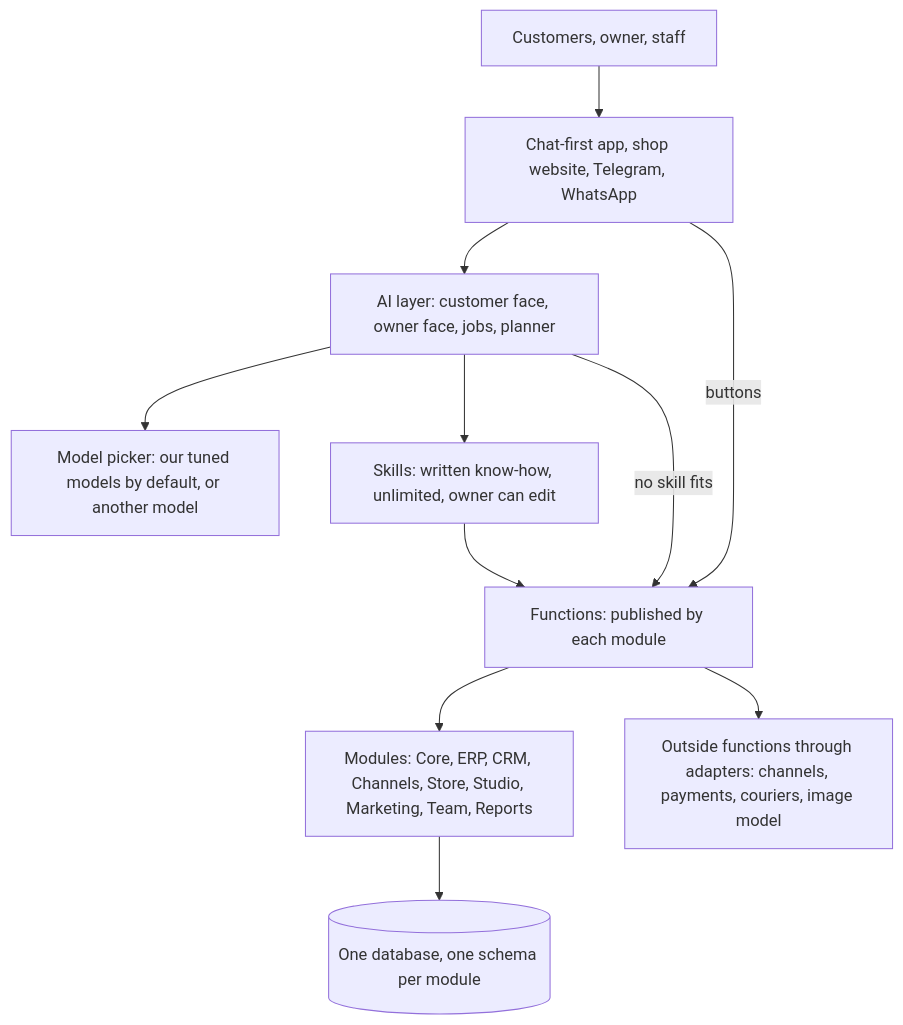
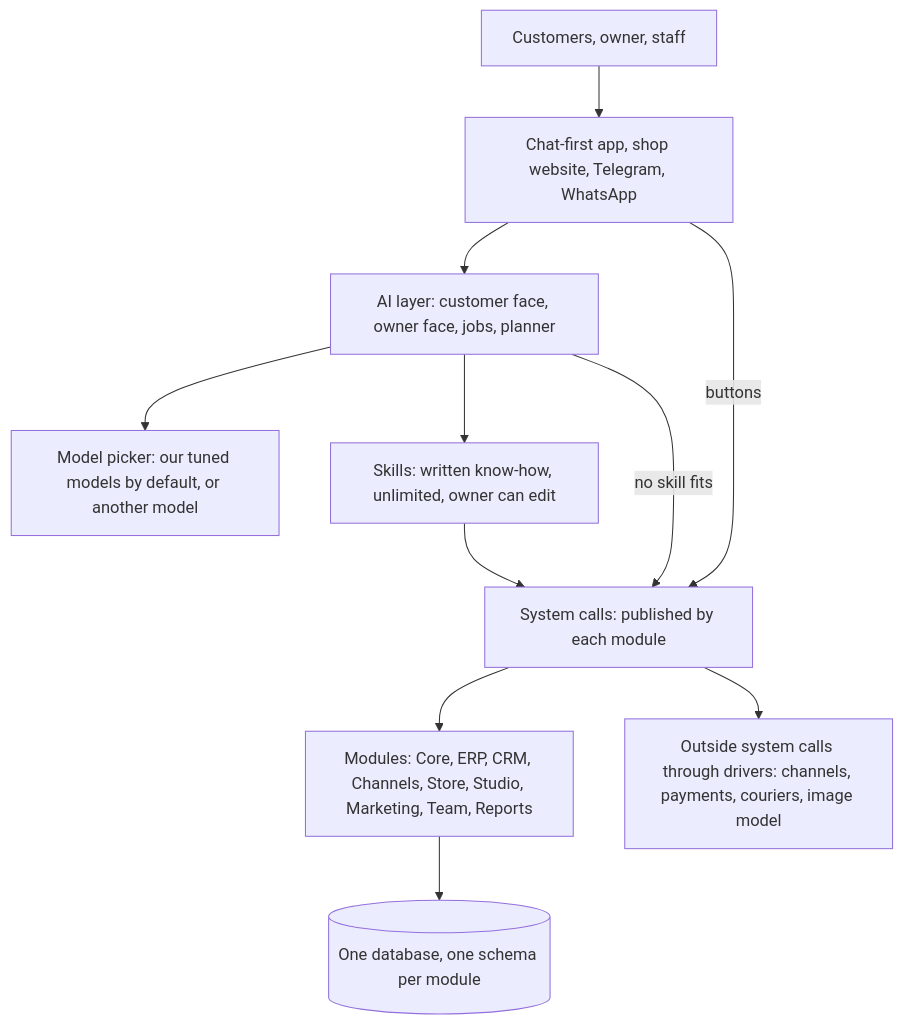
Before and after one commit to puagraduationproject/graduationproject: the first of 11 diagrams in technical-structure.md, drawn with Mermaid. The commit also changed other lines of this file and 2 other files, not shown here.

Commit message:
Design: functions are now system calls, and adapters are drivers

````diff
--- a/technical-structure.md
+++ b/technical-structure.md
@@ -113,13 +115,13 @@
 ```mermaid
 flowchart TD
   P["Customers, owner, staff"] --> UI["Chat-first app, shop website, Telegram, WhatsApp"]
   UI --> AI["AI layer: customer face, owner face, jobs, planner"]
   AI --> MP["Model picker: our tuned models by default, or another model"]
   UI -->|"buttons"| TL
   AI --> SK["Skills: written know-how, unlimited, owner can edit"]
-  SK --> TL["Functions: published by each module"]
+  SK --> TL["System calls: published by each module"]
   AI -->|"no skill fits"| TL
   TL --> MOD["Modules: Core, ERP, CRM, Channels, Store, Studio, Marketing, Team, Reports"]
-  TL --> OUT["Outside functions through adapters: channels, payments, couriers, image model"]
+  TL --> OUT["Outside system calls through drivers: channels, payments, couriers, image model"]
   MOD --> DB[("One database, one schema per module")]
 ```
````
